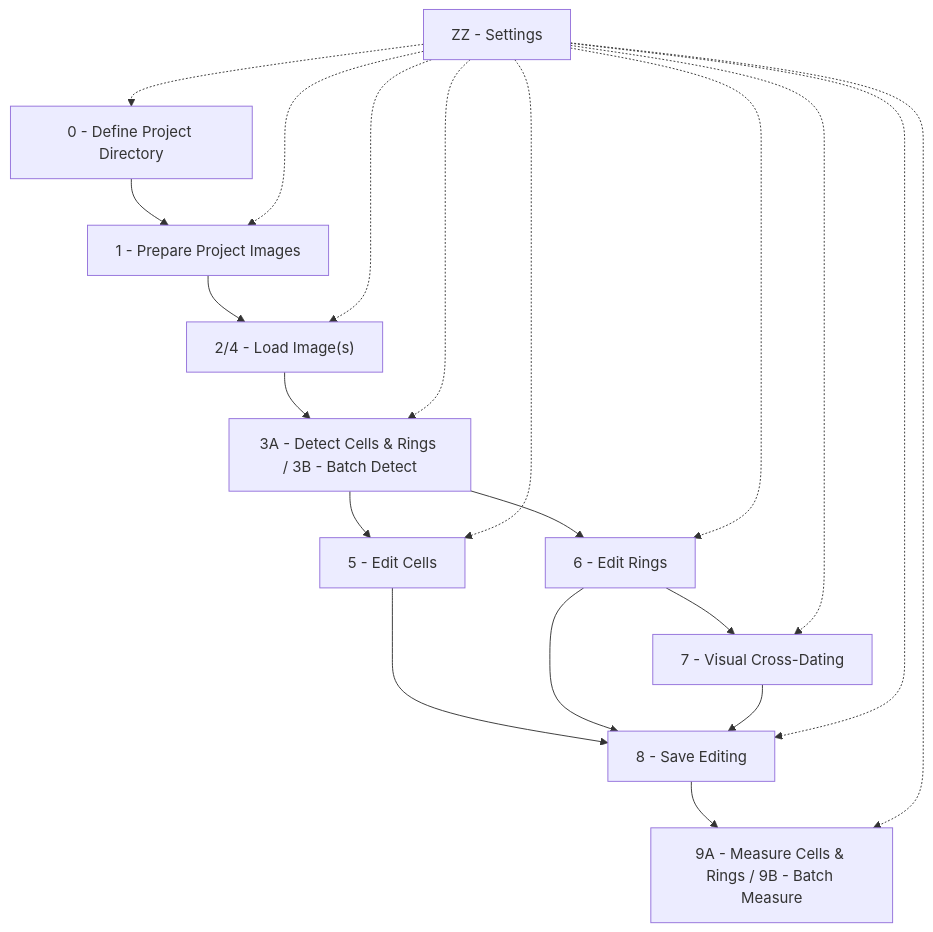
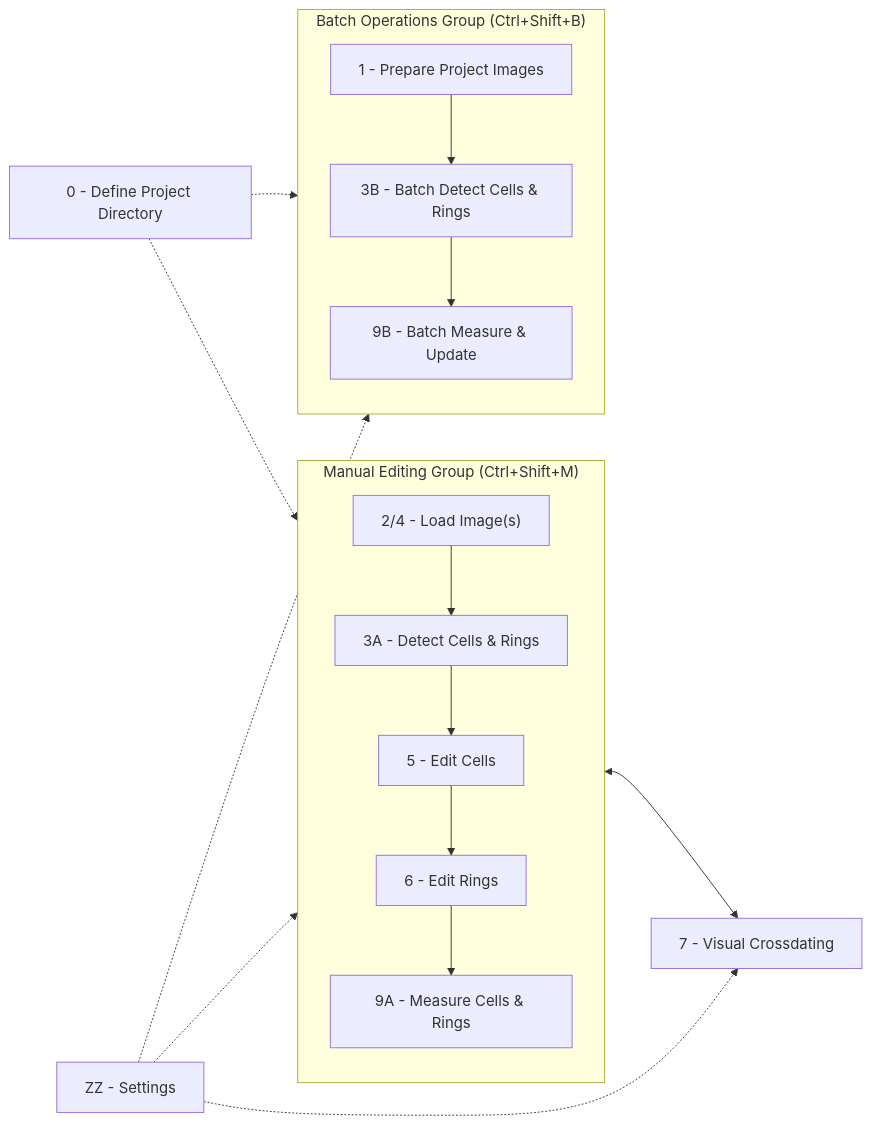
Before and after one commit to roxas-ai/napari-roxas-ai: the diagram in docs/user_guide/widgets.md, drawn with Mermaid. The commit also changed other lines of this file and 17 other files, not shown here.

````diff
--- a/docs/user_guide/widgets.md
+++ b/docs/user_guide/widgets.md
@@ -11,14 +30,24 @@
 ```mermaid
-flowchart TD
-    A["0 - Define Project Directory"] --> B["1 - Prepare Project Images"]
-    B --> C["2/4 - Load Image(s)"]
-    C --> D["3A - Detect Cells & Rings / 3B - Batch Detect"]
-    D --> E["5 - Edit Cells"]
-    D --> F["6 - Edit Rings"]
-    F --> G["7 - Visual Cross-Dating"]
-    E --> H["8 - Save Editing"]
-    F --> H
-    G --> H
-    H --> I["9A - Measure Cells & Rings / 9B - Batch Measure"]
-    J["ZZ - Settings"] -.-> A & B & C & D & E & F & G & H & I
+flowchart LR
+    subgraph Manual_Editing ["Manual Editing Group (Ctrl+Shift+M)"]
+        direction TB
+        M1["2/4 - Load Image(s)"] --> M2["3A - Detect Cells & Rings"]
+        M2 --> M3["5 - Edit Cells"]
+        M3 --> M4["6 - Edit Rings"]
+        M4 --> M5["9A - Measure Cells & Rings"]
+    end
+
+    subgraph Batch_Operations ["Batch Operations Group (Ctrl+Shift+B)"]
+        direction TB
+        B1["1 - Prepare Project Images"] --> B2["3B - Batch Detect Cells & Rings"]
+        B2 --> B3["9B - Batch Measure & Update"]
+    end
+
+    Cross["7 - Visual Crossdating"]
+    Settings["ZZ - Settings"]
+    ProjDir["0 - Define Project Directory"]
+
+    ProjDir -.-> Manual_Editing & Batch_Operations
+    Manual_Editing <--> Cross
+    Settings -.-> Manual_Editing & Batch_Operations & Cross
 ```
````
